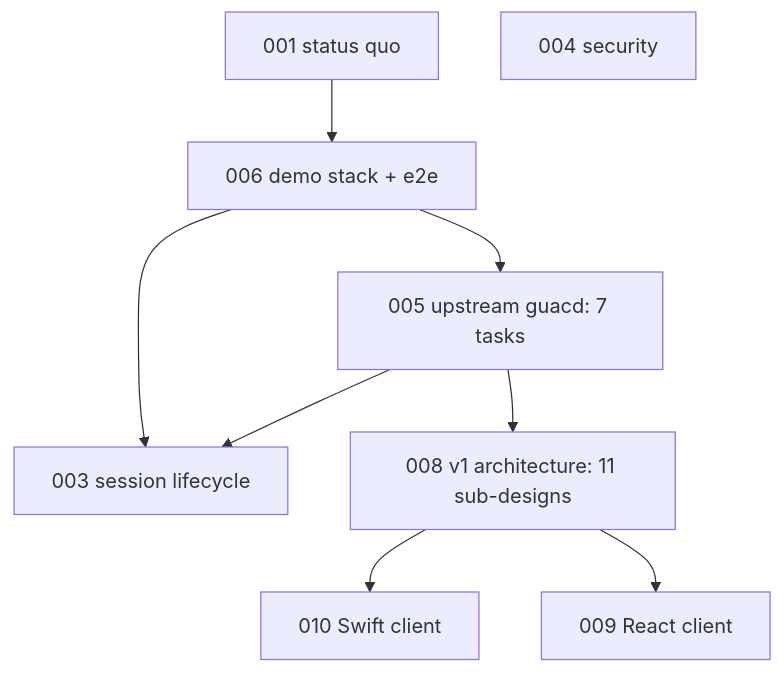
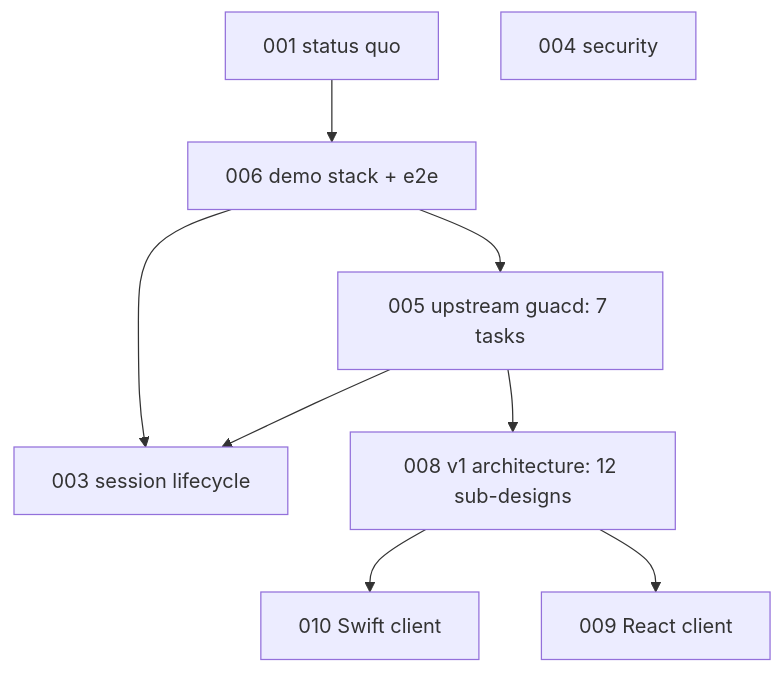
The diagram in specs/README.md (changkun/occamy), drawn with Mermaid before and after one commit. The commit also changed other lines of this file and 2 other files, not shown here.

````diff
--- a/specs/README.md
+++ b/specs/README.md
@@ -87,11 +87,11 @@
 ```mermaid
 flowchart TD
   s001[001 status quo] --> s006[006 demo stack + e2e]
   s006 --> s005[005 upstream guacd: 7 tasks]
   s006 --> s003[003 session lifecycle]
   s005 --> s003
-  s005 --> s008[008 v1 architecture: 11 sub-designs]
+  s005 --> s008[008 v1 architecture: 12 sub-designs]
   s008 --> s010[010 Swift client]
   s008 --> s009[009 React client]
   s004[004 security]
 ```
````
